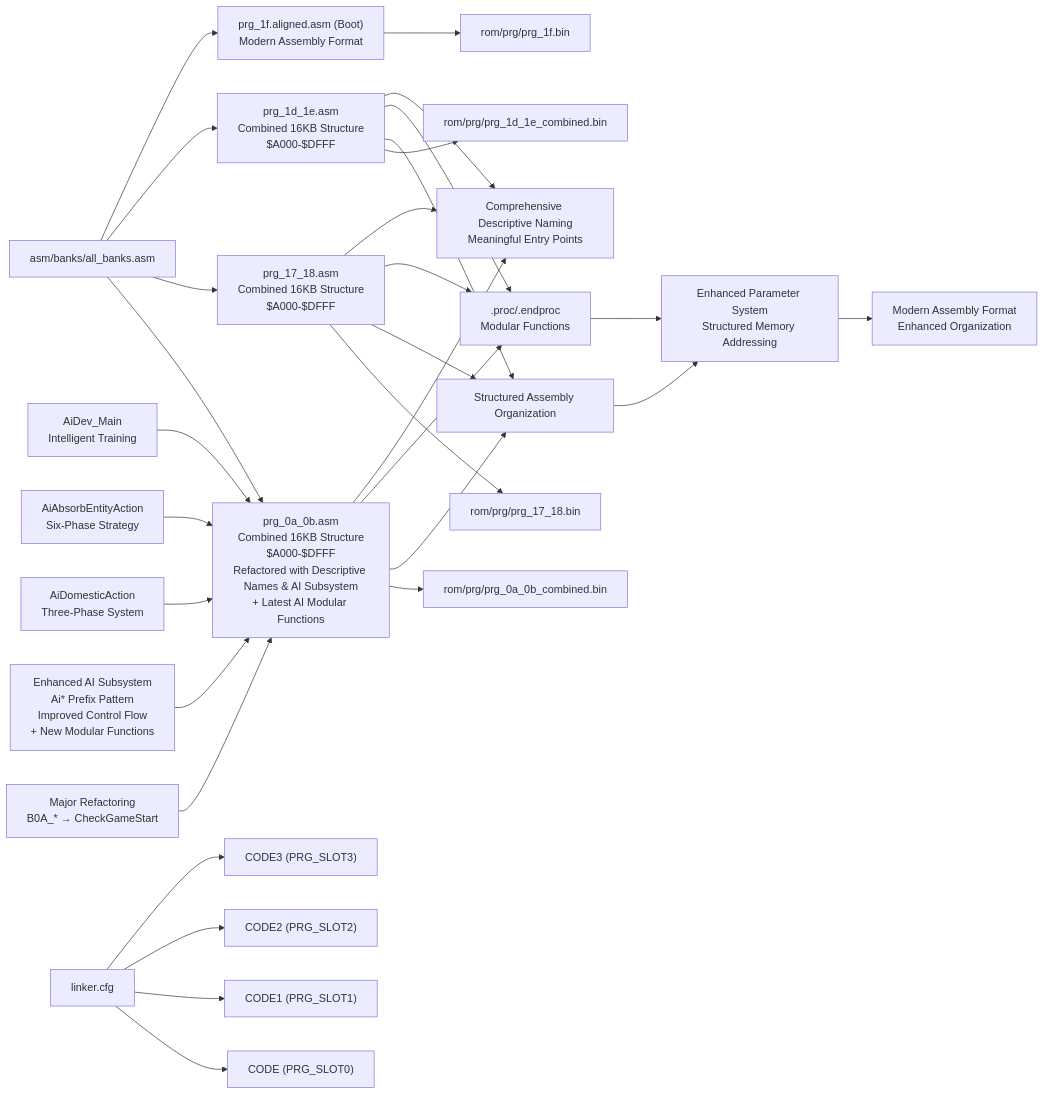
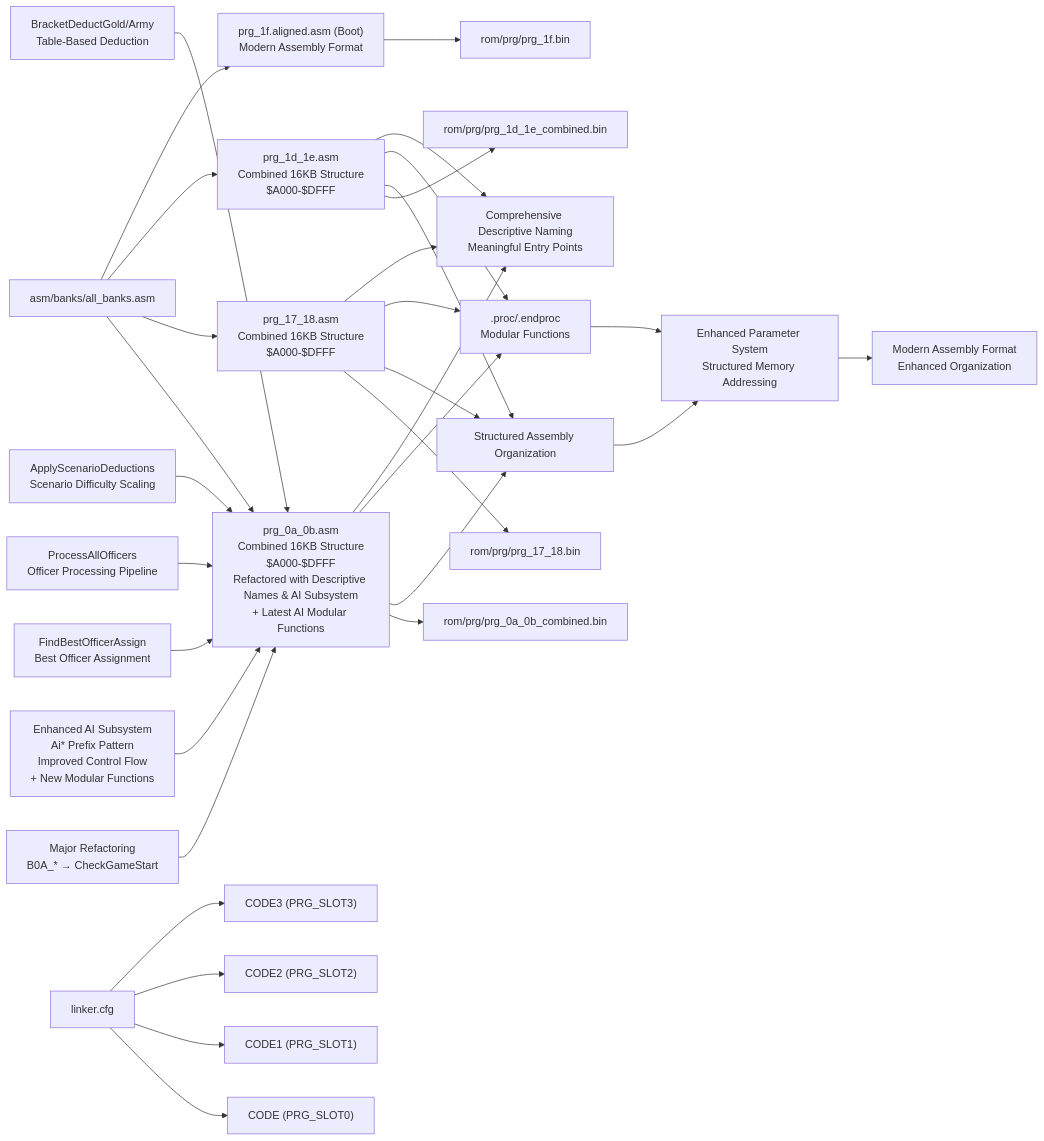
Diagram 12 of 17 in .qoder/repowiki/en/content/Assembly Architecture/Assembly Architecture.md (rabbyzero/sango2dasm), drawn with Mermaid before and after one commit. The commit also changed other lines of this file and 4 other files, not shown here.

````diff
--- a/.qoder/repowiki/en/content/Assembly Architecture/Assembly Architecture.md
+++ b/.qoder/repowiki/en/content/Assembly Architecture/Assembly Architecture.md
@@ -857,35 +869,36 @@
 ```mermaid
 graph LR
 ALLB["asm/banks/all_banks.asm"] --> COMBINED0A_0B["prg_0a_0b.asm<br/>Combined 16KB Structure<br/>$A000-$DFFF<br/>Refactored with Descriptive Names & AI Subsystem<br/>+ Latest AI Modular Functions"]
 ALLB --> COMBINED17_18["prg_17_18.asm<br/>Combined 16KB Structure<br/>$A000-$DFFF"]
 ALLB --> COMBINED1D_1E["prg_1d_1e.asm<br/>Combined 16KB Structure<br/>$A000-$DFFF"]
 ALLB --> ALIGNED["prg_1f.aligned.asm (Boot)<br/>Modern Assembly Format"]
 LCFG["linker.cfg"] --> SEG0["CODE (PRG_SLOT0)"]
 LCFG --> SEG1["CODE1 (PRG_SLOT1)"]
 LCFG --> SEG2["CODE2 (PRG_SLOT2)"]
 LCFG --> SEG3["CODE3 (PRG_SLOT3)"]
 COMBINED0A_0B --> BIN0A_0B["rom/prg/prg_0a_0b_combined.bin"]
 COMBINED17_18 --> BIN17_18["rom/prg/prg_17_18.bin"]
 COMBINED1D_1E --> BIN1D_1E["rom/prg/prg_1d_1e_combined.bin"]
 ALIGNED --> BIN1F["rom/prg/prg_1f.bin"]
 COMBINED0A_0B --> STRUCT["Structured Assembly Organization"]
 COMBINED17_18 --> STRUCT
 COMBINED1D_1E --> STRUCT
 COMBINED0A_0B --> PROC[".proc/.endproc<br/>Modular Functions"]
 COMBINED17_18 --> PROC
 COMBINED1D_1E --> PROC
 PARAMSYS["Enhanced Parameter System<br/>Structured Memory Addressing"]
 STRUCT --> PARAMSYS
 PROC --> PARAMSYS
 MODERN["Modern Assembly Format<br/>Enhanced Organization"]
 PARAMSYS --> MODERN
 DESCRIPTIVENAMING["Comprehensive Descriptive Naming<br/>Meaningful Entry Points"]
 COMBINED0A_0B --> DESCRIPTIVENAMING
 COMBINED17_18 --> DESCRIPTIVENAMING
 COMBINED1D_1E --> DESCRIPTIVENAMING
 REFAC["Major Refactoring<br/>B0A_* → CheckGameStart"] --> COMBINED0A_0B
 AI_ENHANCEMENT["Enhanced AI Subsystem<br/>Ai* Prefix Pattern<br/>Improved Control Flow<br/>+ New Modular Functions"] --> COMBINED0A_0B
-AI_DOMESTIC["AiDomesticAction<br/>Three-Phase System"] --> COMBINED0A_0B
-AI_ABSORB["AiAbsorbEntityAction<br/>Six-Phase Strategy"] --> COMBINED0A_0B
-AI_DEV["AiDev_Main<br/>Intelligent Training"] --> COMBINED0A_0B
+AI_FIND_OFFICER["FindBestOfficerAssign<br/>Best Officer Assignment"] --> COMBINED0A_0B
+AI_PROCESS_ALL["ProcessAllOfficers<br/>Officer Processing Pipeline"] --> COMBINED0A_0B
+AI_SCENARIO_DEDUCTIONS["ApplyScenarioDeductions<br/>Scenario Difficulty Scaling"] --> COMBINED0A_0B
+AI_BRACKET_DEDUCT["BracketDeductGold/Army<br/>Table-Based Deduction"] --> COMBINED0A_0B
 ```
````
